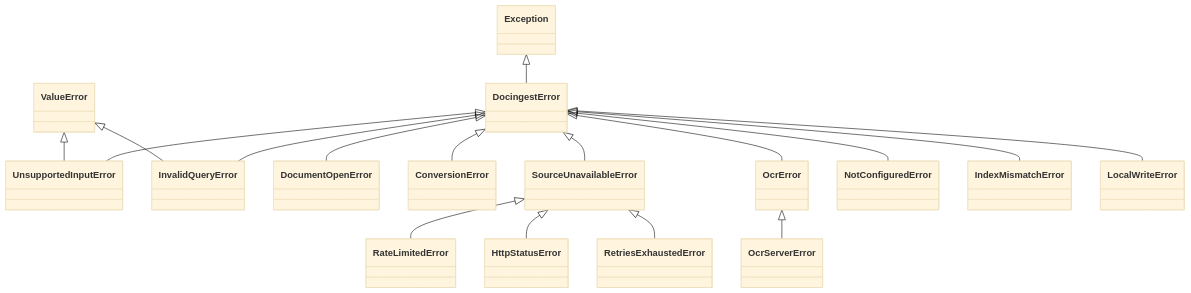
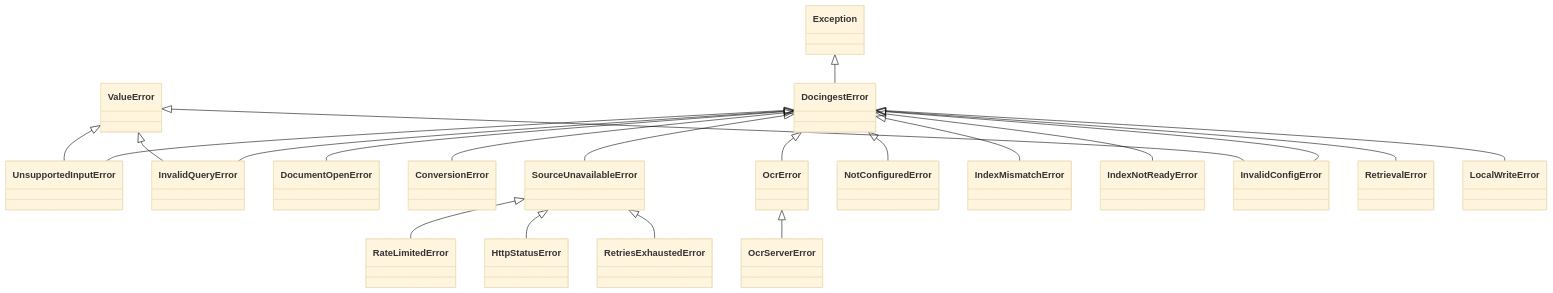
Before and after one commit to etxsA/doc-ingest: diagram 14 of 18 in packages/docingest/docs/architecture.md, drawn with Mermaid (base theme). The commit also changed other lines of this file and 11 other files, not shown here.

````diff
--- a/packages/docingest/docs/architecture.md
+++ b/packages/docingest/docs/architecture.md
@@ -992,19 +992,23 @@
 ```mermaid
 classDiagram
     Exception <|-- DocingestError
     DocingestError <|-- UnsupportedInputError
     ValueError <|-- UnsupportedInputError
     DocingestError <|-- InvalidQueryError
     ValueError <|-- InvalidQueryError
     DocingestError <|-- DocumentOpenError
     DocingestError <|-- ConversionError
     DocingestError <|-- SourceUnavailableError
     DocingestError <|-- OcrError
     DocingestError <|-- NotConfiguredError
     DocingestError <|-- IndexMismatchError
+    DocingestError <|-- IndexNotReadyError
+    DocingestError <|-- InvalidConfigError
+    ValueError <|-- InvalidConfigError
+    DocingestError <|-- RetrievalError
     SourceUnavailableError <|-- RateLimitedError
     SourceUnavailableError <|-- HttpStatusError
     SourceUnavailableError <|-- RetriesExhaustedError
     DocingestError <|-- LocalWriteError
     OcrError <|-- OcrServerError
 ```
````
